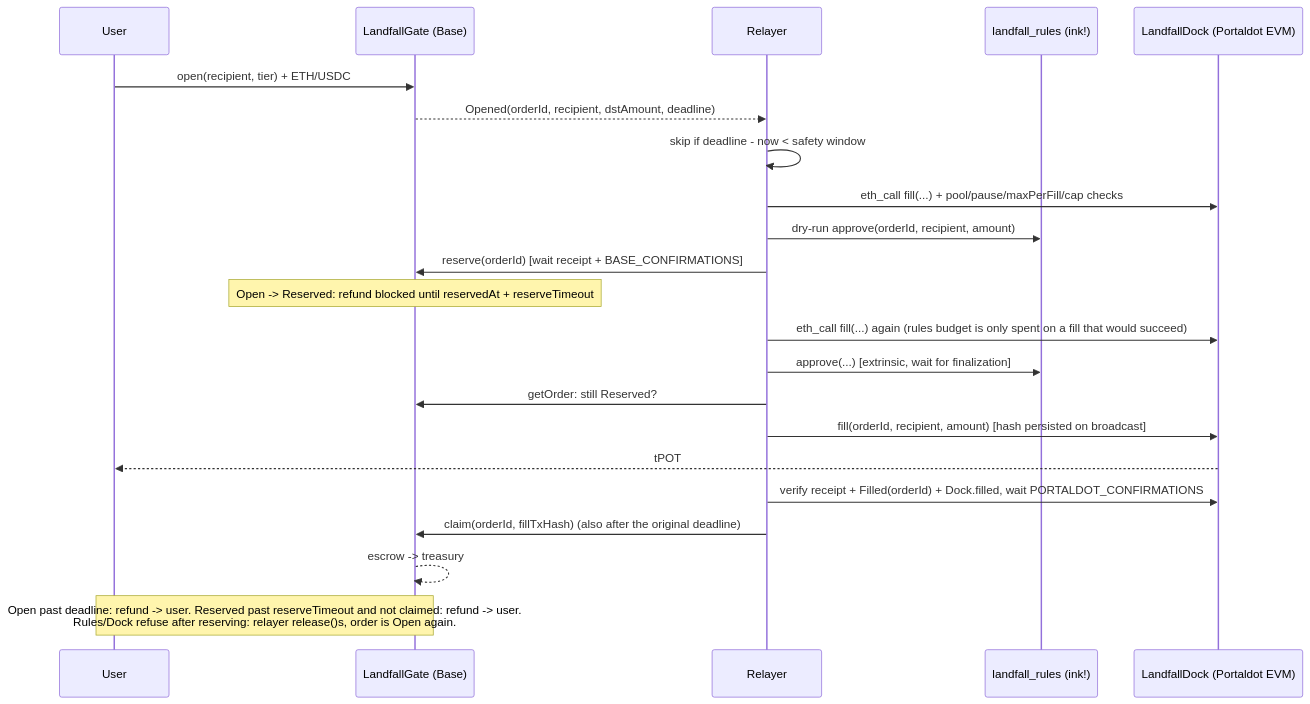
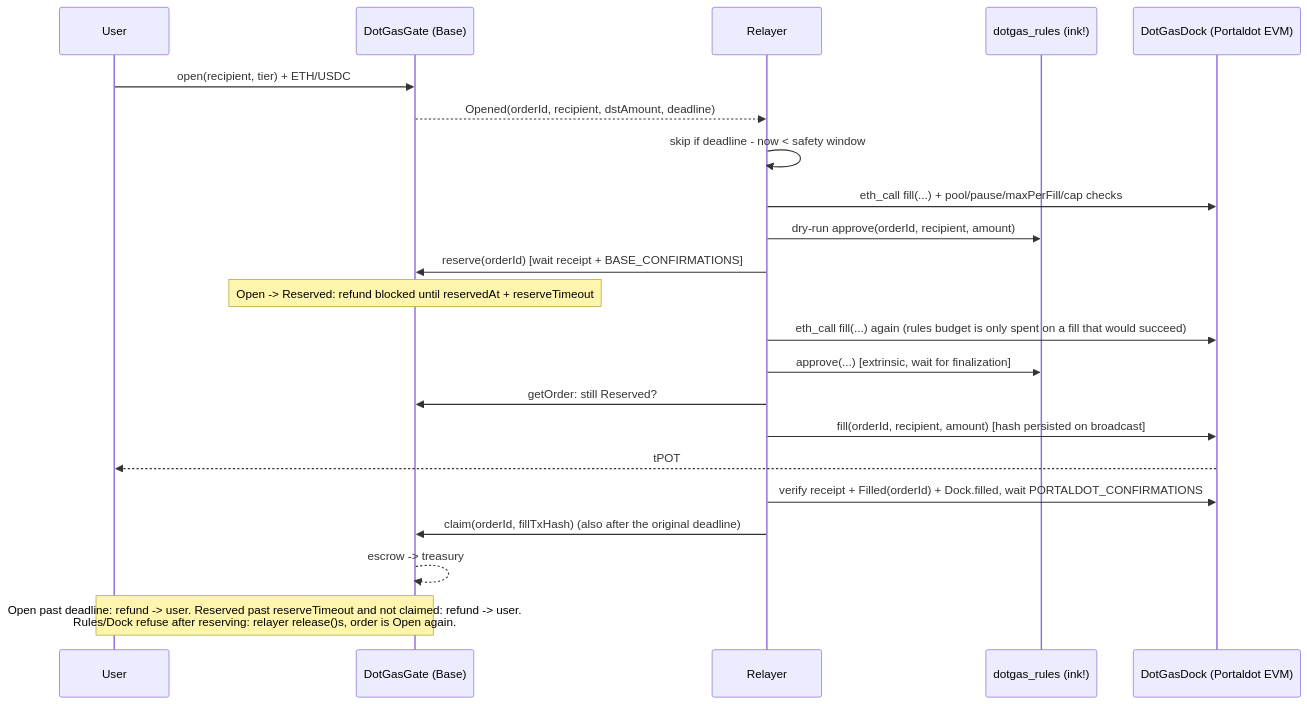
The second of 2 diagrams in README.md (itsolaph/dotgas), drawn with Mermaid before and after one commit. The commit also changed other lines of this file and 37 other files, not shown here.

Commit message:
refactor: rename project to DotGas

````diff
--- a/README.md
+++ b/README.md
@@ -52,24 +56,24 @@
 ```mermaid
 sequenceDiagram
   participant U as User
-  participant G as LandfallGate (Base)
+  participant G as DotGasGate (Base)
   participant RL as Relayer
-  participant R as landfall_rules (ink!)
-  participant D as LandfallDock (Portaldot EVM)
+  participant R as dotgas_rules (ink!)
+  participant D as DotGasDock (Portaldot EVM)
   U->>G: open(recipient, tier) + ETH/USDC
   G-->>RL: Opened(orderId, recipient, dstAmount, deadline)
   RL->>RL: skip if deadline - now < safety window
   RL->>D: eth_call fill(...) + pool/pause/maxPerFill/cap checks
   RL->>R: dry-run approve(orderId, recipient, amount)
   RL->>G: reserve(orderId) [wait receipt + BASE_CONFIRMATIONS]
   Note over G: Open -> Reserved: refund blocked until reservedAt + reserveTimeout
   RL->>D: eth_call fill(...) again (rules budget is only spent on a fill that would succeed)
   RL->>R: approve(...) [extrinsic, wait for finalization]
   RL->>G: getOrder: still Reserved?
   RL->>D: fill(orderId, recipient, amount) [hash persisted on broadcast]
   D-->>U: tPOT
   RL->>D: verify receipt + Filled(orderId) + Dock.filled, wait PORTALDOT_CONFIRMATIONS
   RL->>G: claim(orderId, fillTxHash) (also after the original deadline)
   G-->>G: escrow -> treasury
   Note over U,G: Open past deadline: refund -> user. Reserved past reserveTimeout and not claimed: refund -> user.<br/>Rules/Dock refuse after reserving: relayer release()s, order is Open again.
 ```
````
